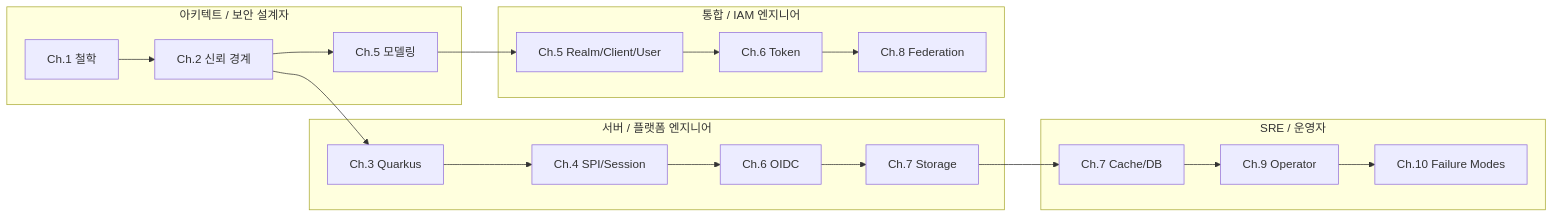
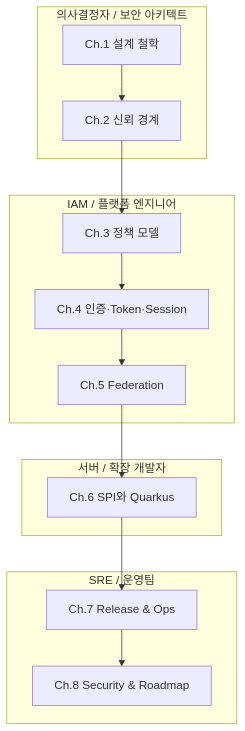
The diagram in docs/custom/WHITEPAPER.md (dhs-shine/keycloak), drawn with Mermaid before and after one commit. The commit also changed other lines of this file and 20 other files, not shown here.

````diff
--- a/docs/custom/WHITEPAPER.md
+++ b/docs/custom/WHITEPAPER.md
@@ -56,32 +50,30 @@
 ```mermaid
-flowchart LR
-  subgraph Architects["아키텍트 / 보안 설계자"]
-    A1["Ch.1 철학"]
-    A2["Ch.2 신뢰 경계"]
-    A3["Ch.5 모델링"]
+flowchart TD
+  subgraph Executive["의사결정자 / 보안 아키텍트"]
+    E1["Ch.1 설계 철학"]
+    E2["Ch.2 신뢰 경계"]
   end
 
-  subgraph Backend["서버 / 플랫폼 엔지니어"]
-    B1["Ch.3 Quarkus"]
-    B2["Ch.4 SPI/Session"]
-    B3["Ch.6 OIDC"]
-    B4["Ch.7 Storage"]
+  subgraph IAM["IAM / 플랫폼 엔지니어"]
+    I1["Ch.3 정책 모델"]
+    I2["Ch.4 인증·Token·Session"]
+    I3["Ch.5 Federation"]
   end
 
-  subgraph Integration["통합 / IAM 엔지니어"]
-    I1["Ch.5 Realm/Client/User"]
-    I2["Ch.6 Token"]
-    I3["Ch.8 Federation"]
+  subgraph Runtime["서버 / 확장 개발자"]
+    R1["Ch.6 SPI와 Quarkus"]
   end
 
-  subgraph Ops["SRE / 운영자"]
-    O1["Ch.7 Cache/DB"]
-    O2["Ch.9 Operator"]
-    O3["Ch.10 Failure Modes"]
+  subgraph SRE["SRE / 운영팀"]
+    O1["Ch.7 Release & Ops"]
+    O2["Ch.8 Security & Roadmap"]
   end
 
-  A1 --> A2 --> A3
-  A2 --> B1 --> B2 --> B3 --> B4
-  A3 --> I1 --> I2 --> I3
-  B4 --> O1 --> O2 --> O3
+  E1 --> E2
+  E2 --> I1
+  I1 --> I2
+  I2 --> I3
+  I3 --> R1
+  R1 --> O1
+  O1 --> O2
 ```
````
